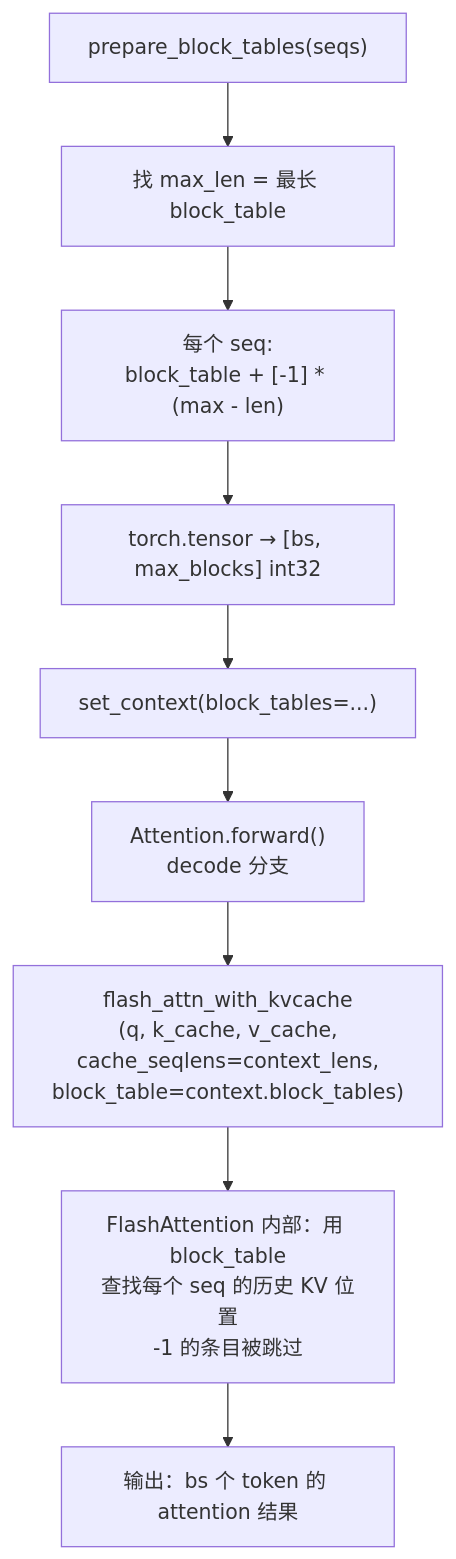
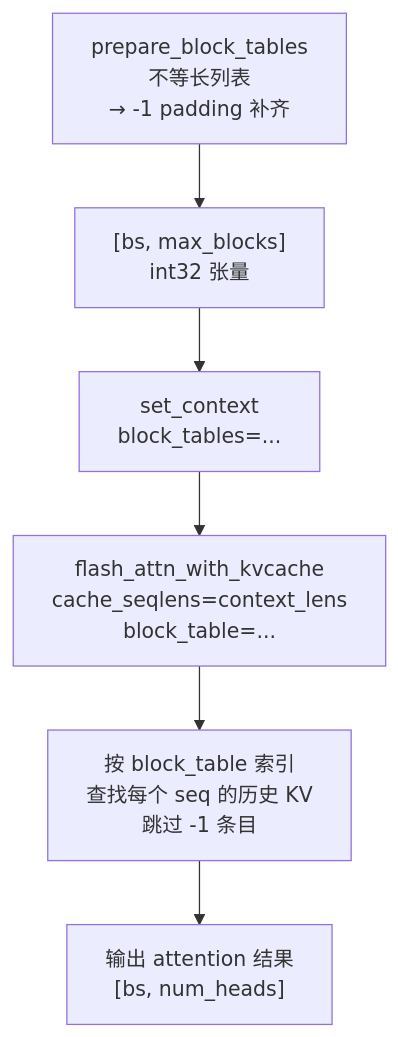
One commit to ForceInjection/nano-vllm changed the fourth of 6 diagrams in docs/llm-inference-visual/slides/slides.06.md. Above: the diagram before and after it, drawn with Mermaid. The commit also changed other lines of this file and 1 other file, not shown here.

````diff
--- a/docs/llm-inference-visual/slides/slides.06.md
+++ b/docs/llm-inference-visual/slides/slides.06.md
@@ -623,11 +632,8 @@
-```mermaid {scale: 0.55}
+```mermaid {scale: 0.45}
 flowchart TD
-    A["prepare_block_tables(seqs)"] --> B["找 max_len = 最长 block_table"]
-    B --> C["每个 seq:<br/>block_table + [-1] * (max - len)"]
-    C --> D["torch.tensor → [bs, max_blocks] int32"]
-    D --> E["set_context(block_tables=...)"]
-    E --> F["Attention.forward()<br/>decode 分支"]
-    F --> G["flash_attn_with_kvcache<br/>(q, k_cache, v_cache,<br/>cache_seqlens=context_lens,<br/>block_table=context.block_tables)"]
-    G --> H["FlashAttention 内部：用 block_table<br/>查找每个 seq 的历史 KV 位置<br/>-1 的条目被跳过"]
-    H --> I["输出：bs 个 token 的 attention 结果"]
+    A["prepare_block_tables<br/>不等长列表<br/>→ -1 padding 补齐"] --> B["[bs, max_blocks]<br/>int32 张量"]
+    B --> C["set_context<br/>block_tables=..."]
+    C --> D["flash_attn_with_kvcache<br/>cache_seqlens=context_lens<br/>block_table=..."]
+    D --> E["按 block_table 索引<br/>查找每个 seq 的历史 KV<br/>跳过 -1 条目"]
+    E --> F["输出 attention 结果<br/>[bs, num_heads]"]
 ```
````
